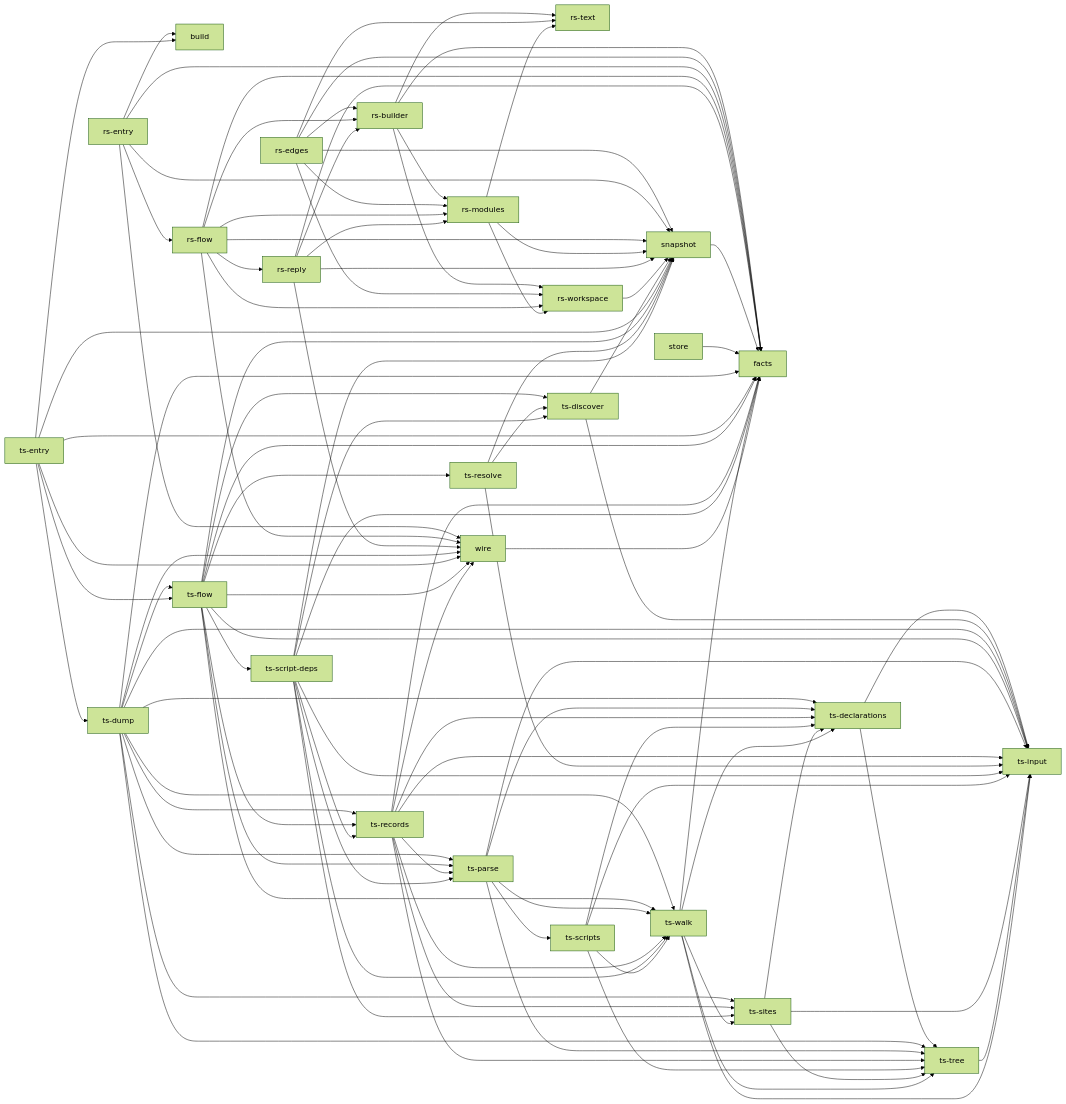
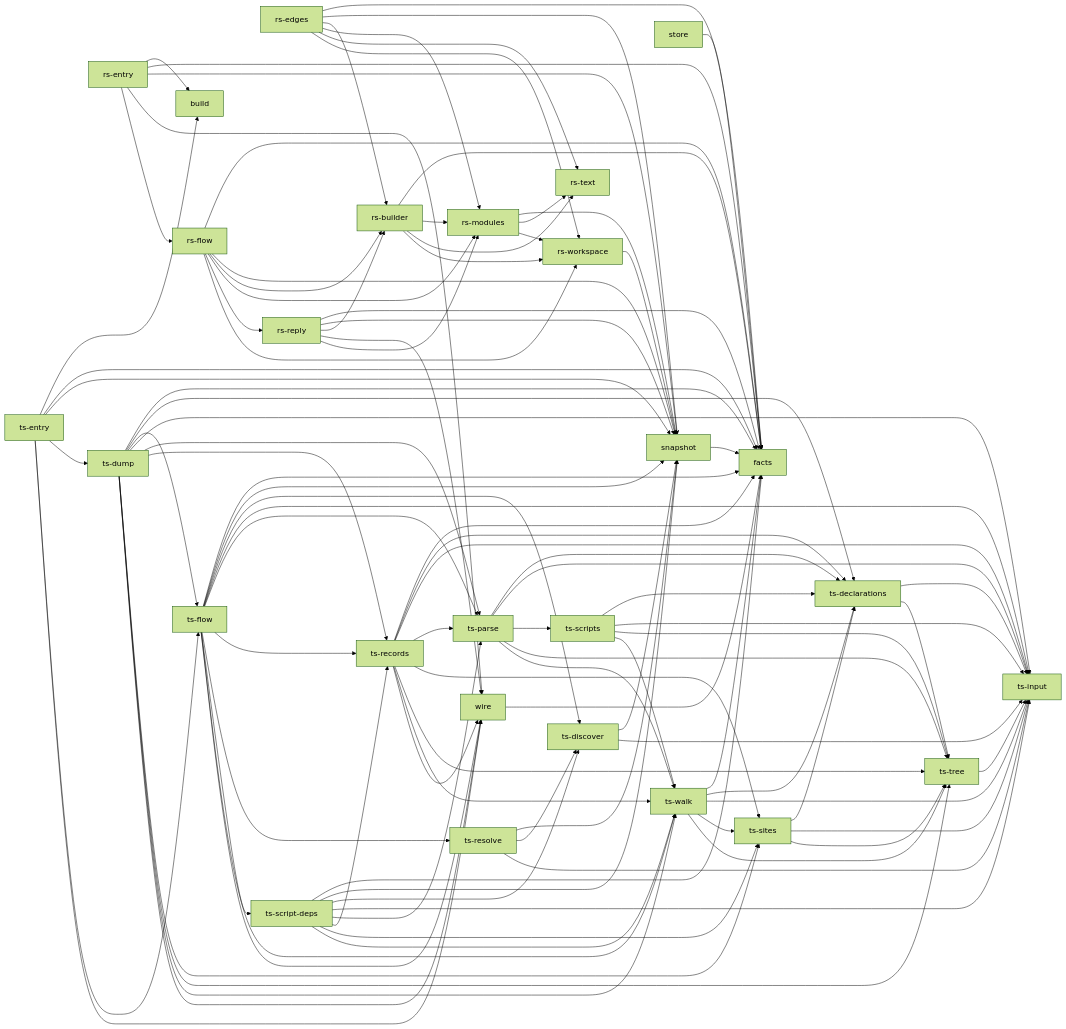
Before and after one commit to rapiddweller/archkeel: the diagram in docs/architecture/native.md, drawn with Mermaid (forest theme). The commit also changed 30 other files, not shown here.

````diff
--- a/docs/architecture/native.md
+++ b/docs/architecture/native.md
@@ -57,37 +57,6 @@
     n_24["ts-tree"]
     n_25["ts-walk"]
     n_26["wire"]
-    n_2 --> n_1
-    n_2 --> n_6
-    n_2 --> n_8
-    n_2 --> n_9
-    n_3 --> n_1
-    n_3 --> n_2
-    n_3 --> n_6
-    n_3 --> n_8
-    n_3 --> n_9
-    n_3 --> n_10
-    n_4 --> n_0
-    n_4 --> n_1
-    n_4 --> n_5
-    n_4 --> n_10
-    n_4 --> n_26
-    n_5 --> n_1
-    n_5 --> n_2
-    n_5 --> n_6
-    n_5 --> n_7
-    n_5 --> n_9
-    n_5 --> n_10
-    n_5 --> n_26
-    n_6 --> n_8
-    n_6 --> n_9
-    n_6 --> n_10
-    n_7 --> n_1
-    n_7 --> n_2
-    n_7 --> n_6
-    n_7 --> n_10
-    n_7 --> n_26
-    n_9 --> n_10
     n_10 --> n_1
     n_11 --> n_1
     n_12 --> n_17
@@ -133,6 +102,10 @@
     n_19 --> n_24
     n_19 --> n_25
     n_19 --> n_26
+    n_2 --> n_1
+    n_2 --> n_6
+    n_2 --> n_8
+    n_2 --> n_9
     n_20 --> n_10
     n_20 --> n_13
     n_20 --> n_17
@@ -158,4 +131,30 @@
     n_25 --> n_23
     n_25 --> n_24
     n_26 --> n_1
+    n_3 --> n_1
+    n_3 --> n_10
+    n_3 --> n_2
+    n_3 --> n_6
+    n_3 --> n_8
+    n_3 --> n_9
+    n_4 --> n_0
+    n_4 --> n_1
+    n_4 --> n_10
+    n_4 --> n_26
+    n_4 --> n_5
+    n_5 --> n_1
+    n_5 --> n_10
+    n_5 --> n_2
+    n_5 --> n_6
+    n_5 --> n_7
+    n_5 --> n_9
+    n_6 --> n_10
+    n_6 --> n_8
+    n_6 --> n_9
+    n_7 --> n_1
+    n_7 --> n_10
+    n_7 --> n_2
+    n_7 --> n_26
+    n_7 --> n_6
+    n_9 --> n_10
 ```
````
